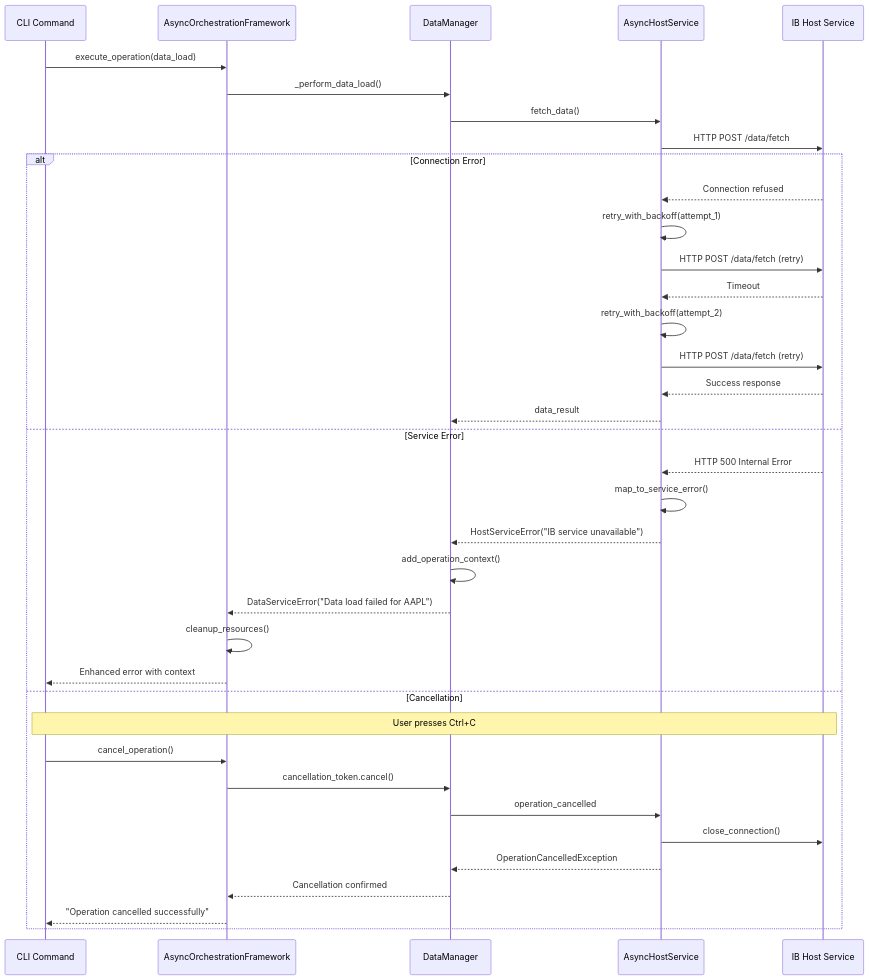
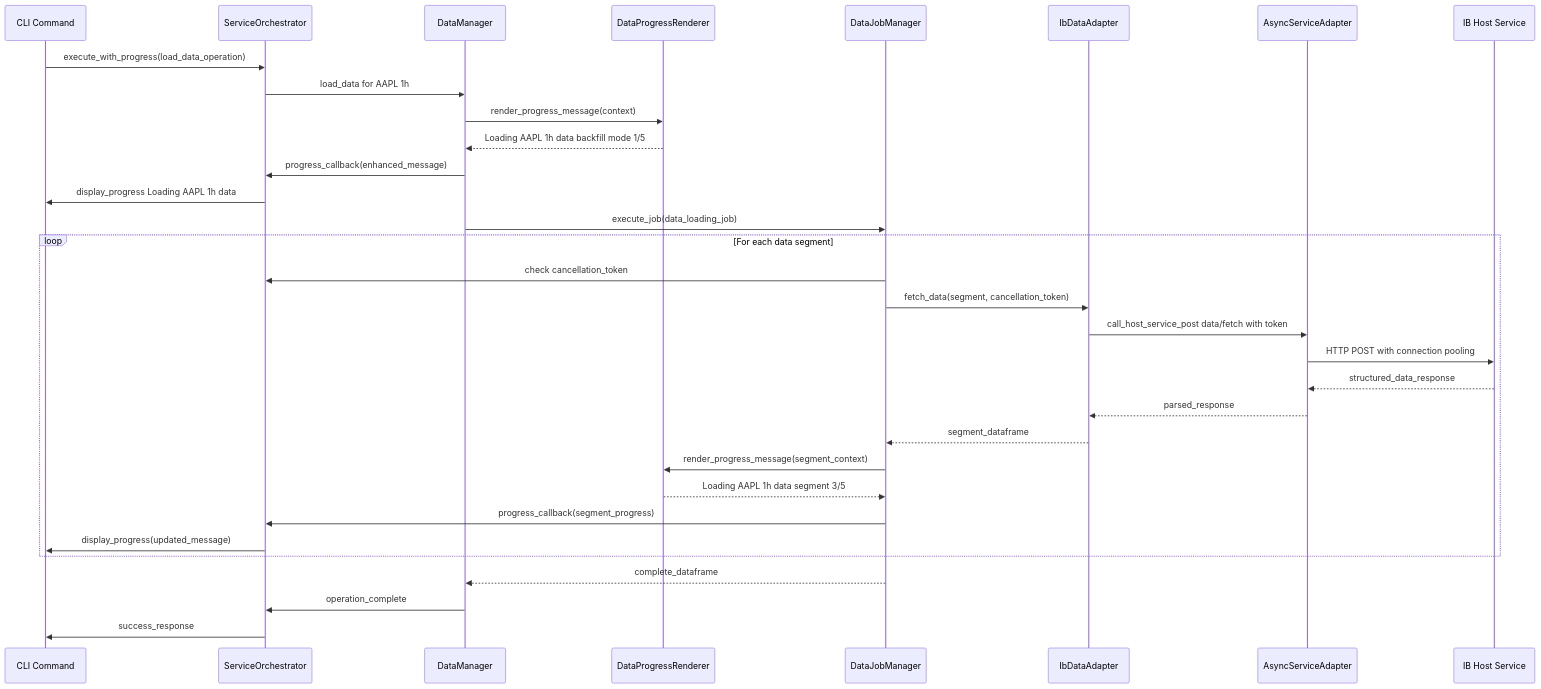
One commit to kpiteira/ktrdr changed the seventh of 8 diagrams in docs/architecture/async/async-architecture-spec.md. Above: the diagram before and after it, drawn with Mermaid. The commit also changed other lines of this file and 18 other files, not shown here.

First line of the commit message:
docs: complete async architecture documentation cleanup and enhancement

````diff
--- a/docs/architecture/async/async-architecture-spec.md
+++ b/docs/architecture/async/async-architecture-spec.md
@@ -761,41 +357,40 @@
 ```mermaid
 sequenceDiagram
     participant CLI as CLI Command
-    participant AOF as AsyncOrchestrationFramework
+    participant SO as ServiceOrchestrator
     participant DM as DataManager
-    participant AHS as AsyncHostService
-    participant IB as IB Host Service
+    participant DPR as DataProgressRenderer
+    participant DJM as DataJobManager
+    participant IDA as IbDataAdapter
+    participant ASA as AsyncServiceAdapter
+    participant IHS as IB Host Service
 
-    CLI->>AOF: execute_operation(data_load)
-    AOF->>DM: _perform_data_load()
-    DM->>AHS: fetch_data()
-    AHS->>IB: HTTP POST /data/fetch
+    CLI->>SO: execute_with_progress(load_data_operation)
+    SO->>DM: load_data for AAPL 1h
     
-    alt Connection Error
-        IB-->>AHS: Connection refused
-        AHS->>AHS: retry_with_backoff(attempt_1)
-        AHS->>IB: HTTP POST /data/fetch (retry)
-        IB-->>AHS: Timeout
-        AHS->>AHS: retry_with_backoff(attempt_2)
-        AHS->>IB: HTTP POST /data/fetch (retry)
-        IB-->>AHS: Success response
-        AHS-->>DM: data_result
-    else Service Error
-        IB-->>AHS: HTTP 500 Internal Error
-        AHS->>AHS: map_to_service_error()
-        AHS-->>DM: HostServiceError("IB service unavailable")
-        DM->>DM: add_operation_context()
-        DM-->>AOF: DataServiceError("Data load failed for AAPL")
-        AOF->>AOF: cleanup_resources()
-        AOF-->>CLI: Enhanced error with context
-    else Cancellation
-        Note over CLI,IB: User presses Ctrl+C
-        CLI->>AOF: cancel_operation()
-        AOF->>DM: cancellation_token.cancel()
-        DM->>AHS: operation_cancelled
-        AHS->>IB: close_connection()
-        AHS-->>DM: OperationCancelledException
-        DM-->>AOF: Cancellation confirmed
-        AOF-->>CLI: "Operation cancelled successfully"
+    DM->>DPR: render_progress_message(context)
+    DPR-->>DM: Loading AAPL 1h data backfill mode 1/5
+    DM->>SO: progress_callback(enhanced_message)
+    SO->>CLI: display_progress Loading AAPL 1h data
+    
+    DM->>DJM: execute_job(data_loading_job)
+    
+    loop For each data segment
+        DJM->>SO: check cancellation_token
+        DJM->>IDA: fetch_data(segment, cancellation_token)
+        IDA->>ASA: call_host_service_post data/fetch with token
+        ASA->>IHS: HTTP POST with connection pooling
+        IHS-->>ASA: structured_data_response
+        ASA-->>IDA: parsed_response
+        IDA-->>DJM: segment_dataframe
+        
+        DJM->>DPR: render_progress_message(segment_context)
+        DPR-->>DJM: Loading AAPL 1h data segment 3/5
+        DJM->>SO: progress_callback(segment_progress)
+        SO->>CLI: display_progress(updated_message)
     end
+    
+    DJM-->>DM: complete_dataframe
+    DM->>SO: operation_complete
+    SO->>CLI: success_response
 ```
````
